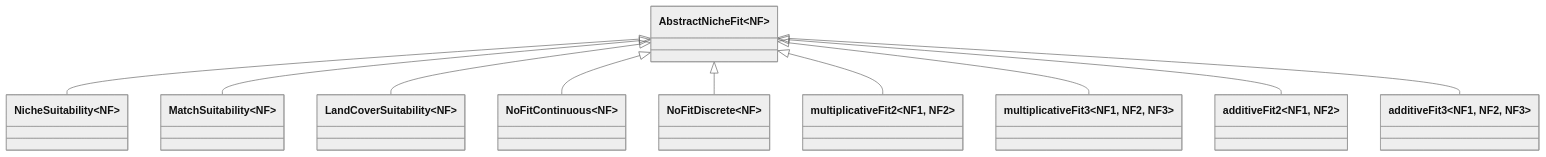
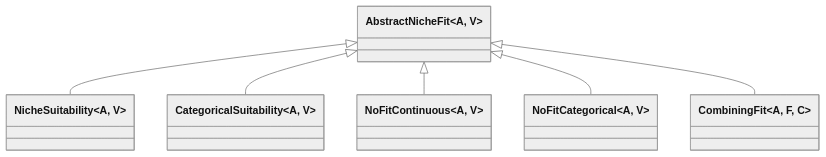
One commit to EcoJulia/EcoSISTEM.jl changed the eighth of 17 diagrams in docs/architecture.md. Above: the diagram before and after it, drawn with Mermaid (neutral theme). The commit also changed other lines of this file and 17 other files, not shown here.

````diff
--- a/docs/architecture.md
+++ b/docs/architecture.md
@@ -179,22 +438,14 @@
 ```mermaid
 classDiagram
-    class AbstractNicheFit~NF~
-    class NicheSuitability~NF~
-    class MatchSuitability~NF~
-    class LandCoverSuitability~NF~
-    class NoFitContinuous~NF~
-    class NoFitDiscrete~NF~
-    class multiplicativeFit2~NF1, NF2~
-    class multiplicativeFit3~NF1, NF2, NF3~
-    class additiveFit2~NF1, NF2~
-    class additiveFit3~NF1, NF2, NF3~
+    class AbstractNicheFit~A, V~
+    class NicheSuitability~A, V~
+    class CategoricalSuitability~A, V~
+    class NoFitContinuous~A, V~
+    class NoFitCategorical~A, V~
+    class CombiningFit~A, F, C~
     AbstractNicheFit <|-- NicheSuitability
-    AbstractNicheFit <|-- MatchSuitability
-    AbstractNicheFit <|-- LandCoverSuitability
+    AbstractNicheFit <|-- CategoricalSuitability
     AbstractNicheFit <|-- NoFitContinuous
-    AbstractNicheFit <|-- NoFitDiscrete
-    AbstractNicheFit <|-- multiplicativeFit2
-    AbstractNicheFit <|-- multiplicativeFit3
-    AbstractNicheFit <|-- additiveFit2
-    AbstractNicheFit <|-- additiveFit3
+    AbstractNicheFit <|-- NoFitCategorical
+    AbstractNicheFit <|-- CombiningFit
 ```
````
